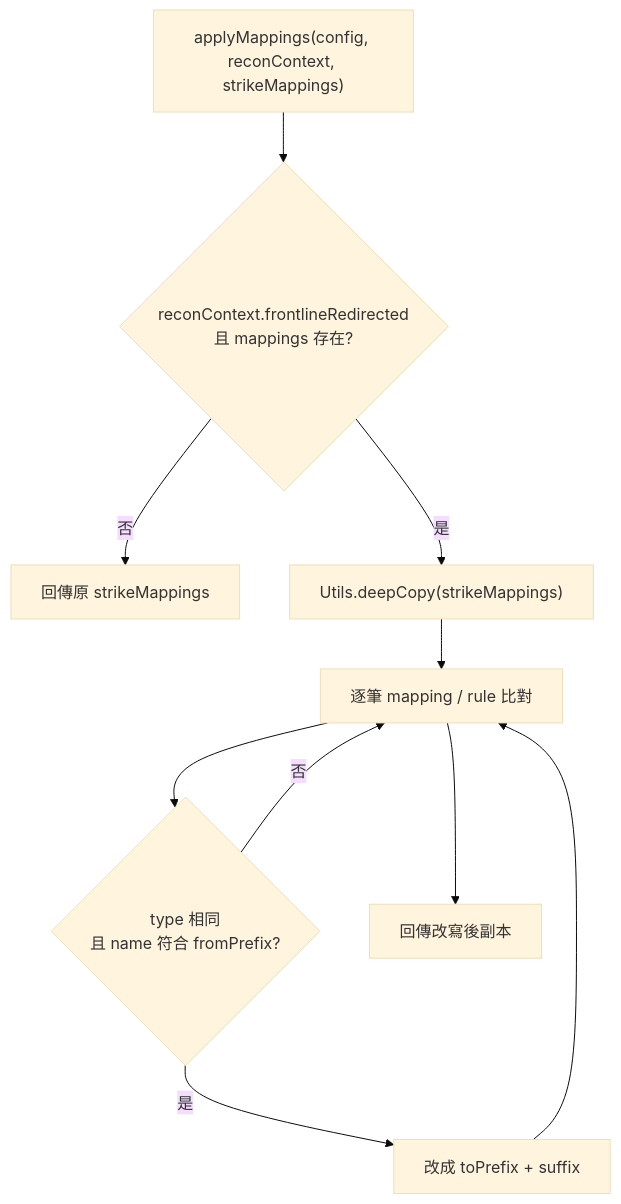
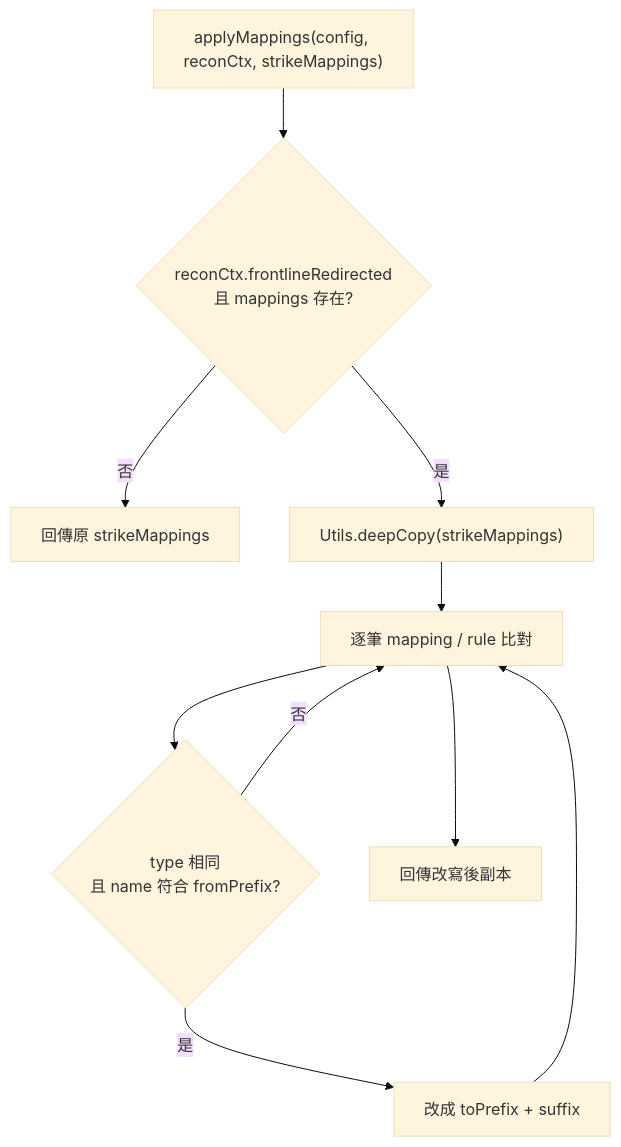
Before and after one commit to pullupjumper/formosa-in-flames: the second of 2 diagrams in docs/strikePlanner/frontlineRedirect.md, drawn with Mermaid (base theme). The commit also changed other lines of this file and 63 other files, not shown here.

````diff
--- a/docs/strikePlanner/frontlineRedirect.md
+++ b/docs/strikePlanner/frontlineRedirect.md
@@ -70,19 +70,19 @@
 ```mermaid
 flowchart TD
-    START["applyMappings(config, reconContext, strikeMappings)"]
-    ACTIVE{"reconContext.frontlineRedirected<br>且 mappings 存在?"}
+    START["applyMappings(config, reconCtx, strikeMappings)"]
+    ACTIVE{"reconCtx.frontlineRedirected<br>且 mappings 存在?"}
     RETURN_ORIGINAL["回傳原 strikeMappings"]
     COPY["Utils.deepCopy(strikeMappings)"]
     LOOP["逐筆 mapping / rule 比對"]
     MATCH{"type 相同<br>且 name 符合 fromPrefix?"}
     REWRITE["改成 toPrefix + suffix"]
     RESULT["回傳改寫後副本"]
 
     START --> ACTIVE
     ACTIVE -->|否| RETURN_ORIGINAL
     ACTIVE -->|是| COPY --> LOOP
     LOOP --> MATCH
     MATCH -->|是| REWRITE --> LOOP
     MATCH -->|否| LOOP
     LOOP --> RESULT
 ```
````
